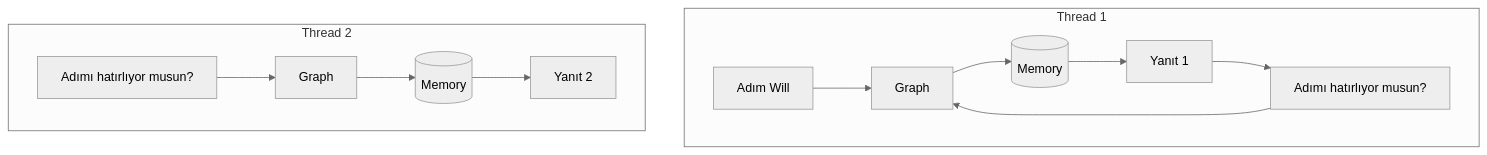
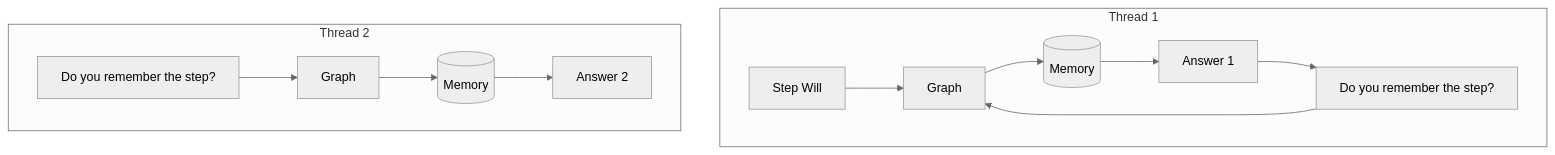
Before and after one commit to emredeveloper/Agents-Notebooks: the second of 4 diagrams in README.md, drawn with Mermaid (neutral theme). The commit also changed other lines of this file and 7 other files, not shown here.

````diff
--- a/README.md
+++ b/README.md
@@ -95,15 +95,15 @@
 ```mermaid
 flowchart TB
     subgraph T1[Thread 1]
-        Name[Adım Will] --> G1[Graph]
+        Name[Step Will] --> G1[Graph]
         G1 --> M1[(Memory)]
-        M1 --> A1[Yanıt 1]
-        A1 --> Recall[Adımı hatırlıyor musun?]
+        M1 --> A1[Answer 1]
+        A1 --> Recall[Do you remember the step?]
         Recall --> G1
     end
     subgraph T2[Thread 2]
-        Recall2[Adımı hatırlıyor musun?] --> G2[Graph]
+        Recall2[Do you remember the step?] --> G2[Graph]
         G2 --> M2[(Memory)]
-        M2 --> A2[Yanıt 2]
+        M2 --> A2[Answer 2]
     end
 ```
````
